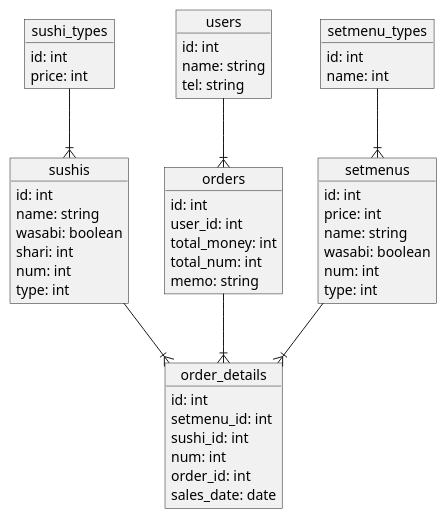
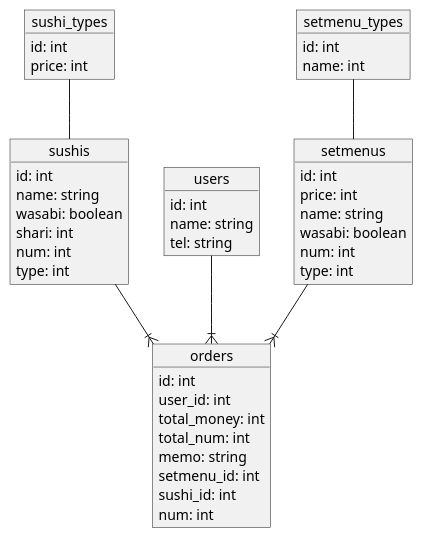
The diagram in 01/db_modeling_2.puml (tasdsn/praha), drawn with PlantUML before and after one commit. The commit also changed 2 other files, not shown here.

Commit message:
fix:order_details削除

```diff
--- a/01/db_modeling_2.puml
+++ b/01/db_modeling_2.puml
@@ -1,58 +1,52 @@
 @startuml
 'skinparam nodesep 100 // 水平方向の矢印の長さを調整
 
 object setmenus
 object sushis
 object users
 object orders
-object order_details
 object setmenu_types
 object sushi_types
 
 users : id: int
 users : name: string
 users : tel: string
 
 setmenus : id: int
 setmenus : price: int
 setmenus : name: string
 setmenus : wasabi: boolean
 setmenus : num: int
 setmenus : type: int
 
 sushis : id: int
 sushis : name: string
 sushis : wasabi: boolean
 sushis : shari: int
 sushis : num: int
 sushis : type: int
 
-order_details : id: int
-order_details : setmenu_id: int
-order_details : sushi_id: int
-order_details : num: int
-order_details : order_id: int
-order_details : sales_date: date
-
 orders : id: int
 orders : user_id: int
 orders : total_money: int
 orders : total_num: int
 orders : memo: string
+orders : setmenu_id: int
+orders : sushi_id: int
+orders : num: int
 
 sushi_types : id: int
 sushi_types : price: int
 
 setmenu_types : id: int
 setmenu_types : name: int
 
 users    --|{ orders
-orders   --|{ order_details
-setmenus --|{ order_details
-sushis   --|{ order_details
-setmenu_types --|{ setmenus
-sushi_types --|{ sushis
+setmenus --|{ orders
+sushis   --|{ orders
+setmenu_types -- setmenus
+sushi_types -- sushis
 
 'sushisテーブルにshariカラム追加
 'order_detailsテーブルにsales_dateカラム追加
 @enduml
```
